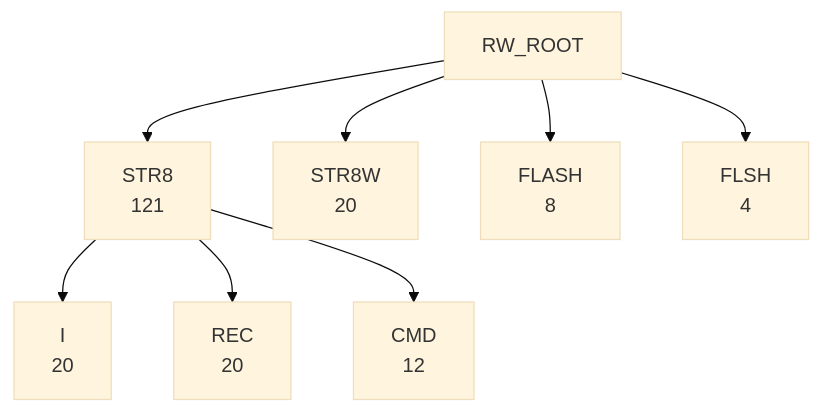
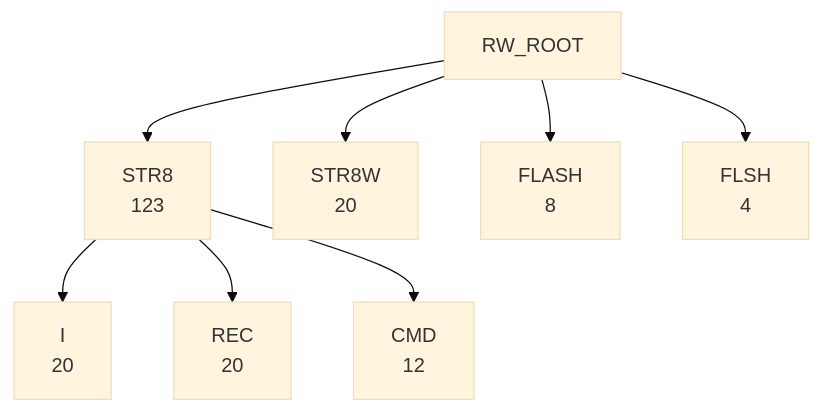
One commit to 95westus/R-YORS changed the fifth of 6 diagrams in DOC/GENERATED/ROUTINE_WORD_TREE.md. Above: the diagram before and after it, drawn with Mermaid (base theme). The commit also changed other lines of this file and 19 other files, not shown here.

````diff
--- a/DOC/GENERATED/ROUTINE_WORD_TREE.md
+++ b/DOC/GENERATED/ROUTINE_WORD_TREE.md
@@ -77,10 +77,10 @@
 ```mermaid
 flowchart TD
-    RW_ROOT --> RW_STR8["STR8<br/>121"]
+    RW_ROOT --> RW_STR8["STR8<br/>123"]
     RW_ROOT --> RW_STR8W["STR8W<br/>20"]
     RW_ROOT --> RW_FLASH["FLASH<br/>8"]
     RW_ROOT --> RW_FLSH["FLSH<br/>4"]
     RW_STR8 --> RW_STR8_I["I<br/>20"]
     RW_STR8 --> RW_STR8_REC["REC<br/>20"]
     RW_STR8 --> RW_STR8_CMD["CMD<br/>12"]
 ```
````
